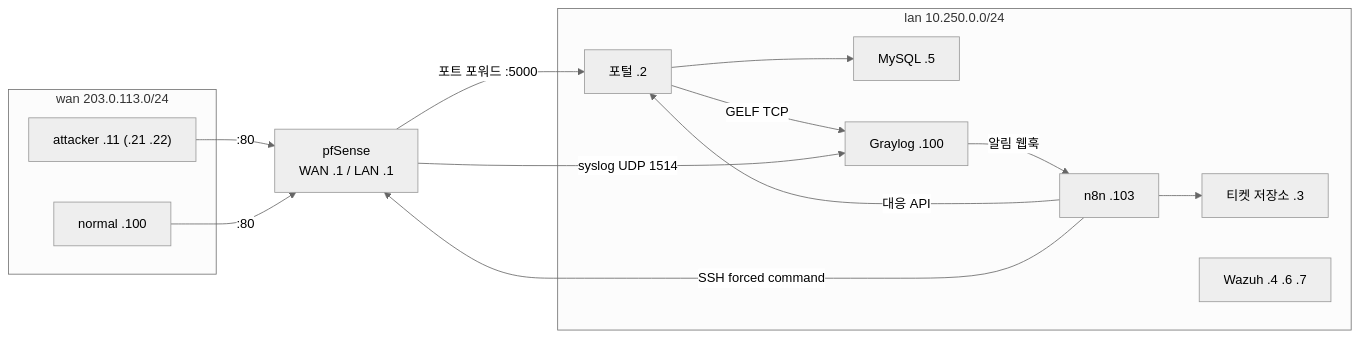
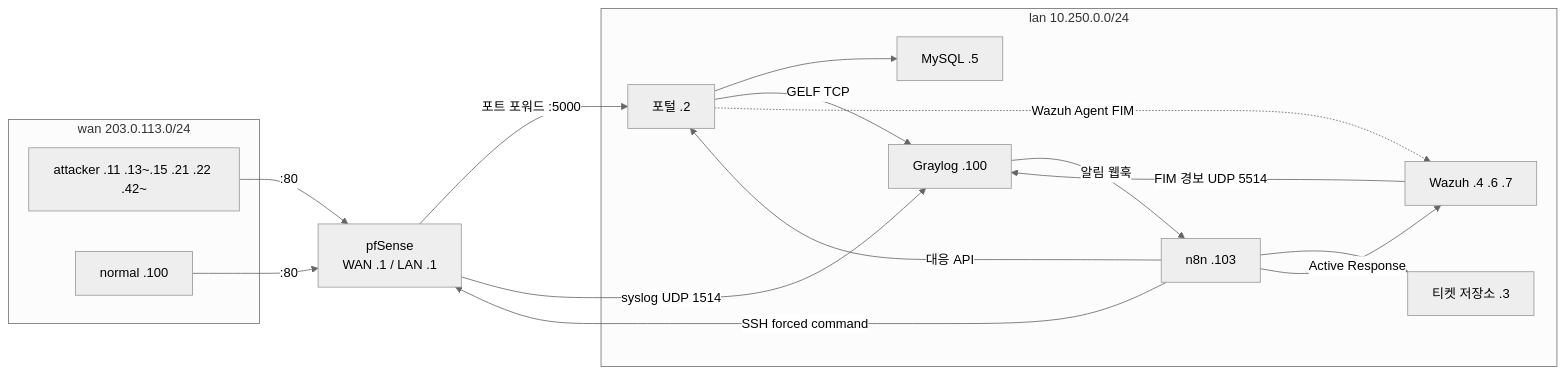
The diagram in README.md (whiteclover0542/haedam-soar-portfolio), drawn with Mermaid (neutral theme) before and after one commit. The commit also changed other lines of this file and 40 other files, not shown here.

````diff
--- a/README.md
+++ b/README.md
@@ -11,24 +23,27 @@
 ```mermaid
 flowchart LR
   subgraph wan["wan 203.0.113.0/24"]
-    attacker["attacker .11 (.21 .22)"]
+    attacker["attacker .11 .13~.15 .21 .22 .42~"]
     normal["normal .100"]
   end
   subgraph lan["lan 10.250.0.0/24"]
     portal["포털 .2"]
     ticket["티켓 저장소 .3"]
     db["MySQL .5"]
     wazuh["Wazuh .4 .6 .7"]
     graylog["Graylog .100"]
     n8n["n8n .103"]
   end
   attacker & normal -->|":80"| pf["pfSense\nWAN .1 / LAN .1"]
   pf -->|"포트 포워드 :5000"| portal
   portal --> db
   portal -->|"GELF TCP"| graylog
   pf -->|"syslog UDP 1514"| graylog
   graylog -->|"알림 웹훅"| n8n
   n8n -->|"대응 API"| portal
   n8n -->|"SSH forced command"| pf
   n8n --> ticket
+  portal -. "Wazuh Agent FIM" .-> wazuh
+  wazuh -->|"FIM 경보 UDP 5514"| graylog
+  n8n -->|"Active Response"| wazuh
 ```
````
